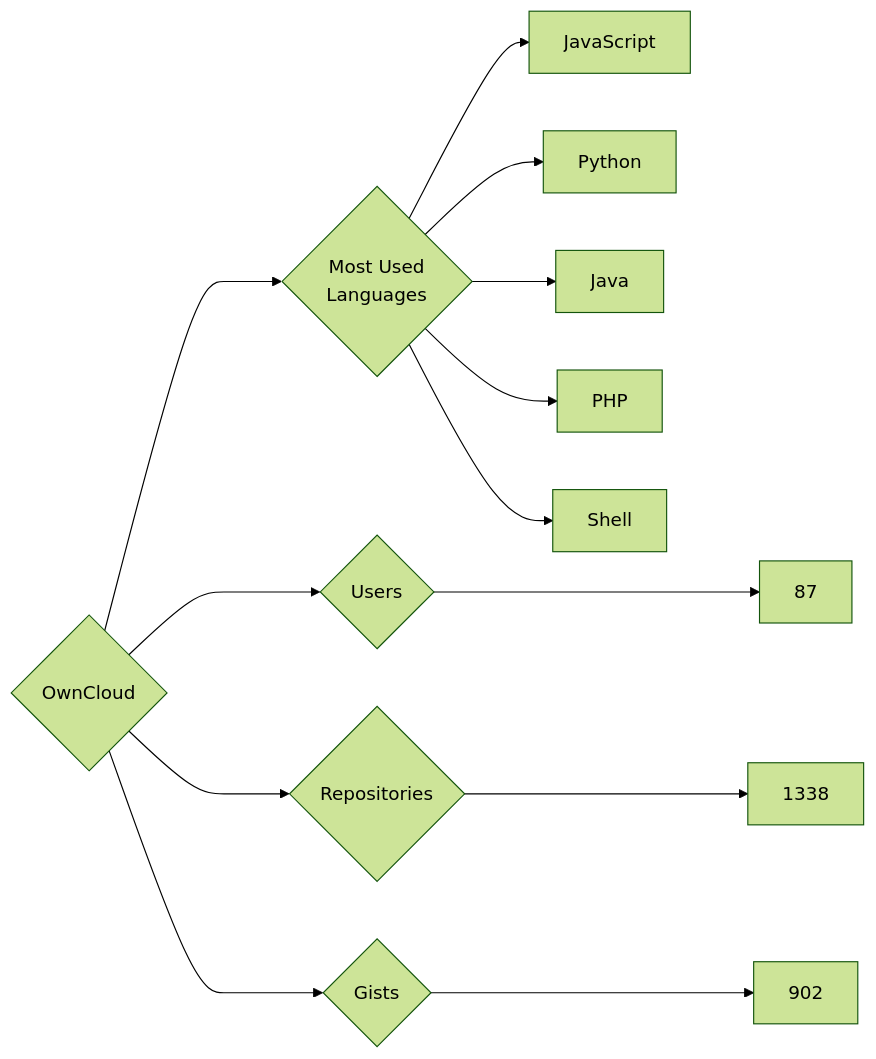
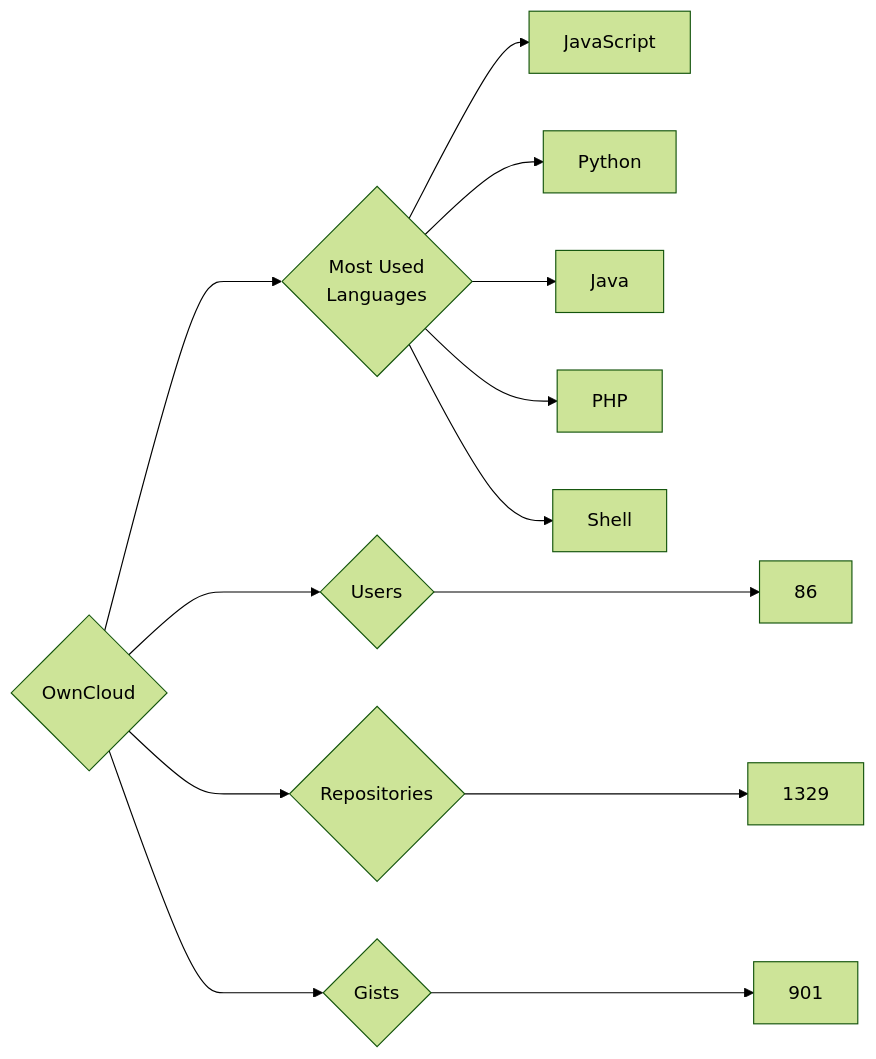
Before and after one commit to trickest/insiders: the diagram in targets/OwnCloud/README.md, drawn with Mermaid (forest theme). The commit also changed 965 other files, not shown here.

````diff
--- a/targets/OwnCloud/README.md
+++ b/targets/OwnCloud/README.md
@@ -3,13 +3,13 @@
 ```mermaid
 graph LR
 COMPANY_NAME{OwnCloud}
-COMPANY_NAME ---> U{Users} ---> UN[87]
-COMPANY_NAME ---> R{Repositories} ---> RN[1338]
-COMPANY_NAME ---> G{Gists} ---> GN[902]
+COMPANY_NAME ---> U{Users} ---> UN[86]
+COMPANY_NAME ---> R{Repositories} ---> RN[1329]
+COMPANY_NAME ---> G{Gists} ---> GN[901]
 COMPANY_NAME ---> ML{Most Used<br>Languages}
 ML --> JavaScript[JavaScript]
 ML --> Python[Python]
 ML --> Java[Java]
 ML --> PHP[PHP]
 ML --> Shell[Shell]
 ```
````
